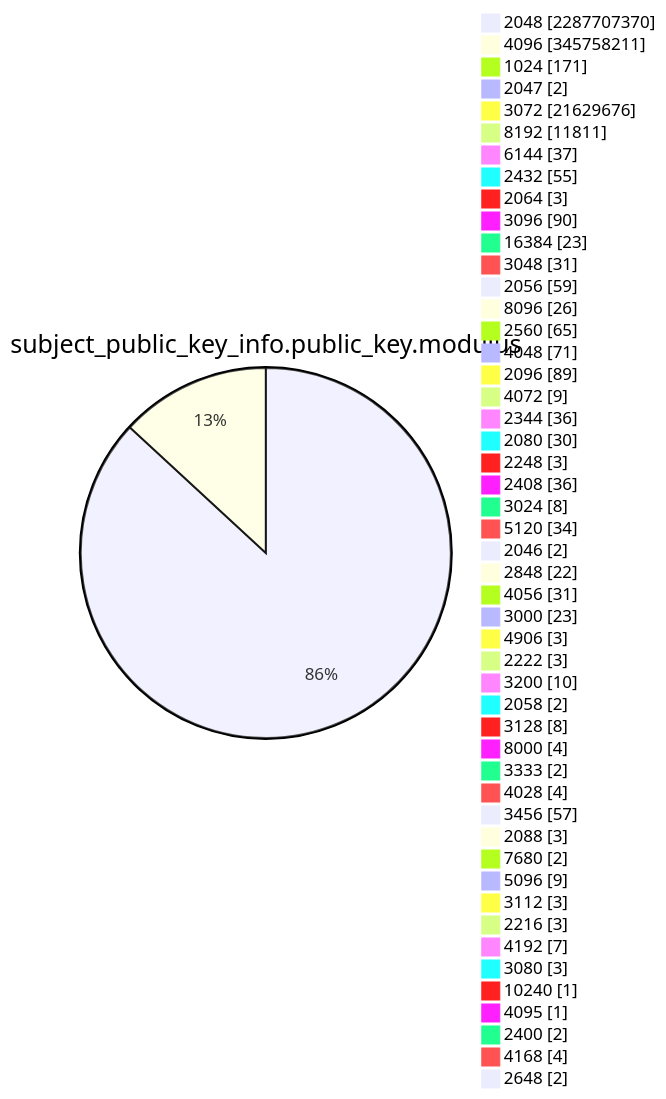
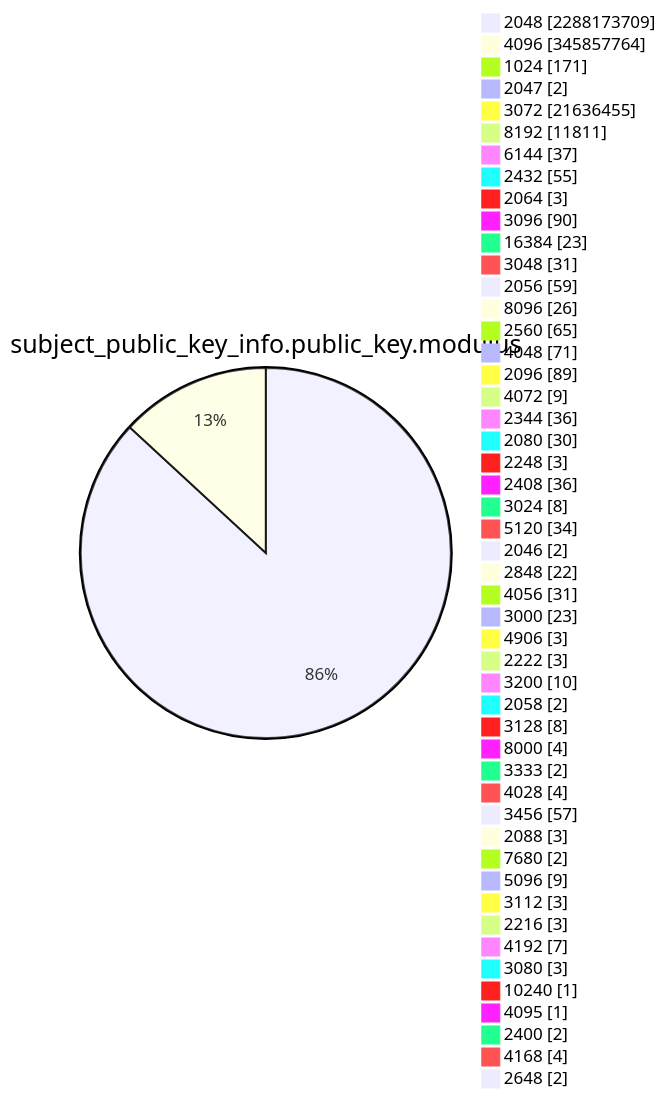
Diagram 13 of 15 in TOTAL/README.md (christiankrug/ctmonitor_visualization), drawn with Mermaid before and after one commit. The commit also changed other lines of this file, not shown here.

````diff
--- a/TOTAL/README.md
+++ b/TOTAL/README.md
@@ -4167,53 +4167,53 @@
 ```mermaid
 pie showData
 title subject_public_key_info.public_key.modulus
-"2048" :2287707370
-"4096" :345758211
+"2048" :2288173709
+"4096" :345857764
 "1024" :171
 "2047" :2
-"3072" :21629676
+"3072" :21636455
 "8192" :11811
 "6144" :37
 "2432" :55
 "2064" :3
 "3096" :90
 "16384" :23
 "3048" :31
 "2056" :59
 "8096" :26
 "2560" :65
 "4048" :71
 "2096" :89
 "4072" :9
 "2344" :36
 "2080" :30
 "2248" :3
 "2408" :36
 "3024" :8
 "5120" :34
 "2046" :2
 "2848" :22
 "4056" :31
 "3000" :23
 "4906" :3
 "2222" :3
 "3200" :10
 "2058" :2
 "3128" :8
 "8000" :4
 "3333" :2
 "4028" :4
 "3456" :57
 "2088" :3
 "7680" :2
 "5096" :9
 "3112" :3
 "2216" :3
 "4192" :7
 "3080" :3
 "10240" :1
 "4095" :1
 "2400" :2
 "4168" :4
 "2648" :2
 ```
````
